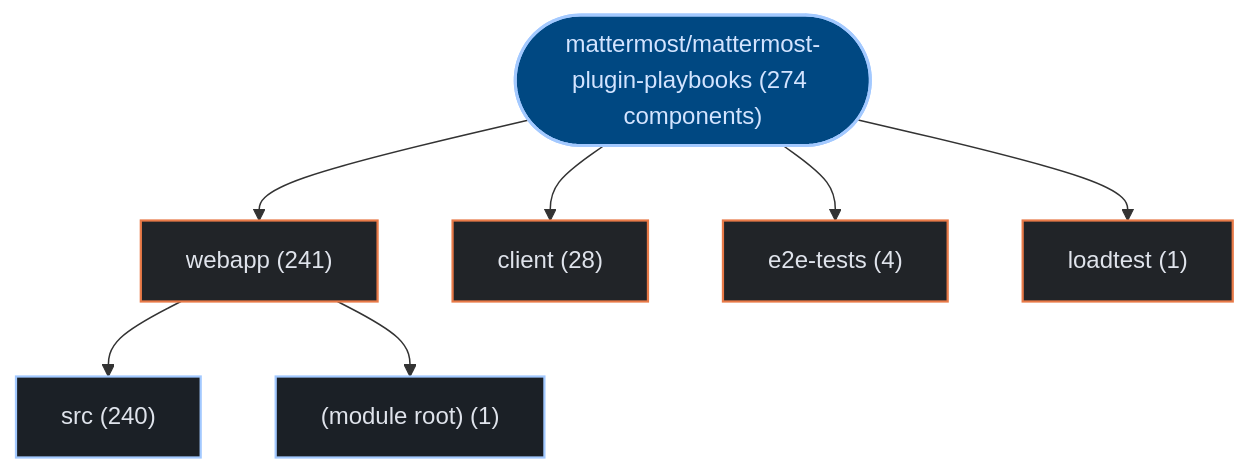
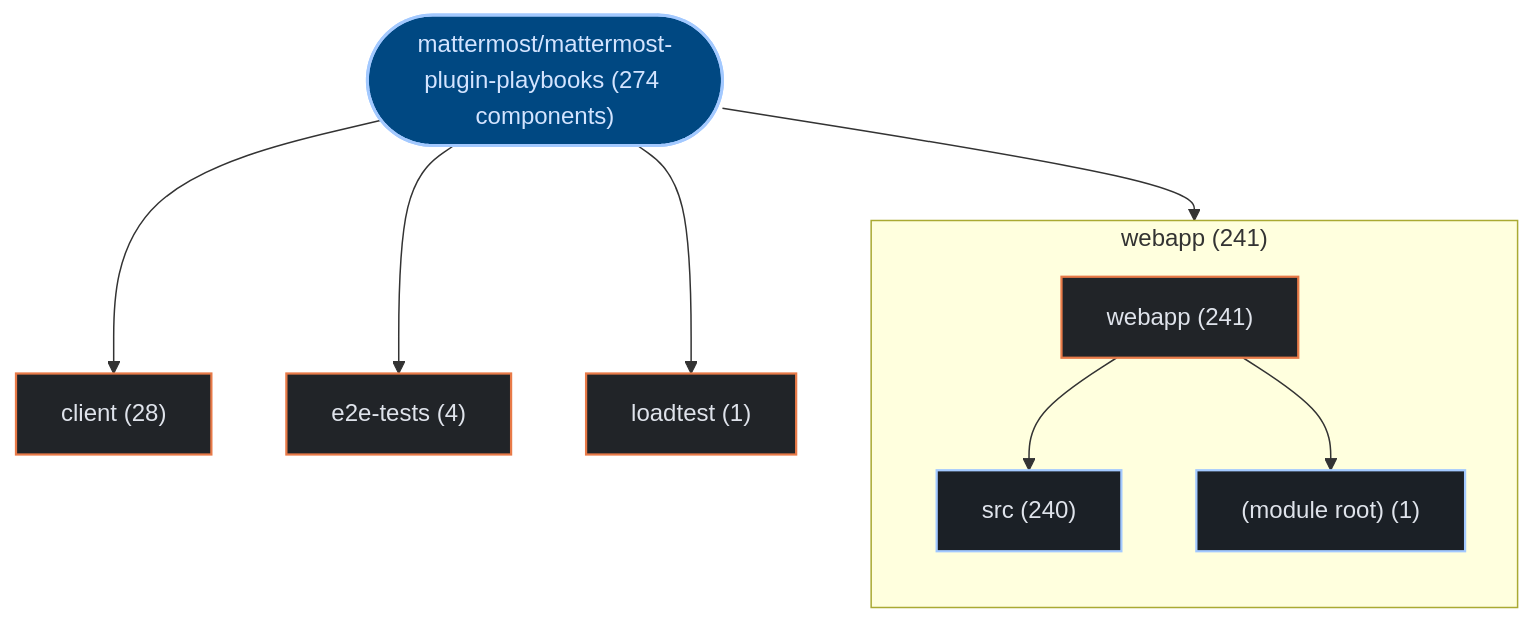
One commit to kumarshaz/atruss-code-atlas changed the first of 3 diagrams in exports/latest/reports/mattermost-mattermost-plugin-playbooks-report.md. Above: the diagram before and after it, drawn with Mermaid. The commit also changed 178 other files, not shown here.

Commit message:
feat(ui,mermaid): upgrade to mermaid v12 + ELK layout, add orgs-summary + pagination, subgraph building blocks, fix tab alignment

````diff
--- a/exports/latest/reports/mattermost-mattermost-plugin-playbooks-report.md
+++ b/exports/latest/reports/mattermost-mattermost-plugin-playbooks-report.md
@@ -42,23 +42,26 @@
 ```mermaid
 graph TD;
   classDef atlasRoot fill:#004882,stroke:#a3c9ff,stroke-width:2px,color:#d3e4ff
   classDef atlasCategory fill:#212428,stroke:#E87A48,stroke-width:1.5px,color:#dfe3eb
   classDef atlasWorkflow fill:#1b2026,stroke:#a3c9ff,stroke-width:1.5px,color:#dfe3eb
   classDef atlasJob fill:#171c22,stroke:#8d9199,stroke-width:1px,color:#dfe3eb
   classDef atlasTarget fill:#005227,stroke:#8bd99b,stroke-width:1.5px,color:#a7f6b6
   classDef atlasAlert fill:#93000a,stroke:#ffb4ab,stroke-width:1.5px,color:#ffdad6
   classDef atlasMore fill:#252a31,stroke:#8d9199,stroke-dasharray:4 4,color:#c3c6cf
     repo_root(["mattermost/mattermost-plugin-playbooks (274 components)"]):::atlasRoot
-    dir_0_webapp["webapp (241)"]:::atlasCategory
+    subgraph sg_dir_0_webapp["webapp (241)"]
+      direction TB
+      dir_0_webapp["webapp (241)"]:::atlasCategory
+      sub_0_0_src["src (240)"]:::atlasWorkflow
+      dir_0_webapp --> sub_0_0_src
+      sub_0_1__module_root_["(module root) (1)"]:::atlasWorkflow
+      dir_0_webapp --> sub_0_1__module_root_
+    end
     repo_root --> dir_0_webapp
-    sub_0_0_src["src (240)"]:::atlasWorkflow
-    dir_0_webapp --> sub_0_0_src
-    sub_0_1__module_root_["(module root) (1)"]:::atlasWorkflow
-    dir_0_webapp --> sub_0_1__module_root_
     dir_1_client["client (28)"]:::atlasCategory
     repo_root --> dir_1_client
     dir_2_e2e_tests["e2e-tests (4)"]:::atlasCategory
     repo_root --> dir_2_e2e_tests
     dir_3_loadtest["loadtest (1)"]:::atlasCategory
     repo_root --> dir_3_loadtest
 ```
````
